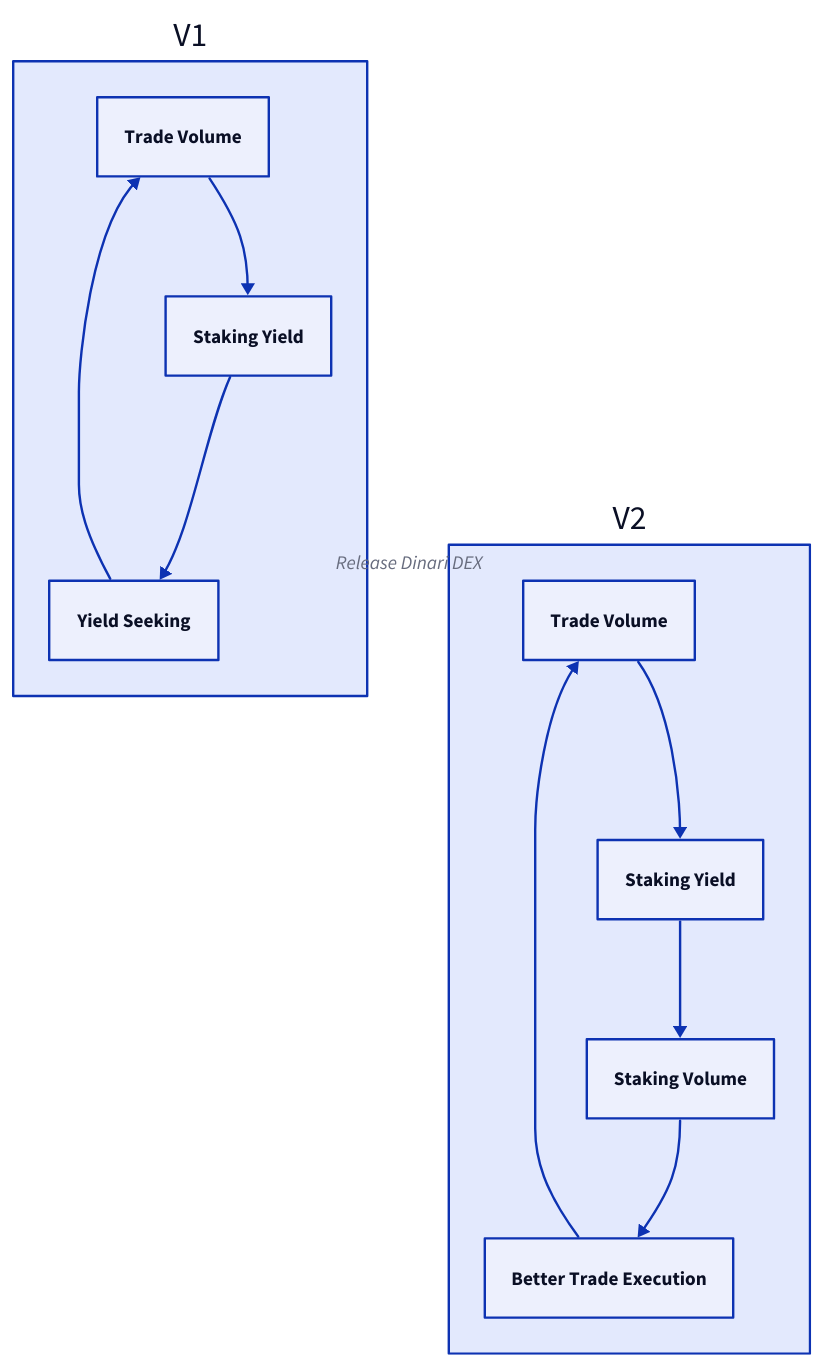
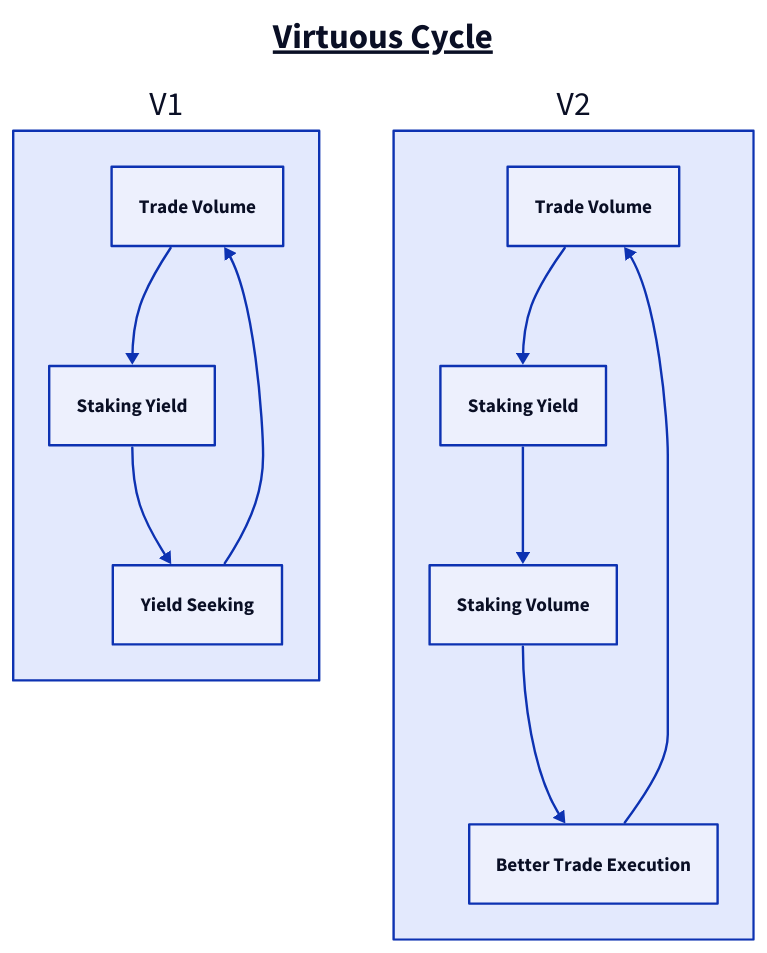
The diagram in virtuous-cycles.d2 (dinaricrypto/sbt-contracts), drawn with D2 before and after one commit.

```diff
--- a/virtuous-cycles.d2
+++ b/virtuous-cycles.d2
@@ -1,22 +1,30 @@
+title: Virtuous Cycle {
+  near: top-center
+  shape: text
+  style: {
+    font-size: 29
+    bold: true
+    underline: true
+  }
+}
+
 V1: {
   Trade Volume
   Staking Yield
   Yield Seeking
 }
 V2: {
   Trade Volume
   Staking Yield
   Staking Volume
   Better Trade Execution
 }
 
 V1.Trade Volume -> V1.Staking Yield
 V1.Staking Yield -> V1.Yield Seeking
 V1.Yield Seeking -> V1.Trade Volume
 
 V2.Trade Volume -> V2.Staking Yield
 V2.Staking Yield -> V2.Staking Volume
 V2.Staking Volume -> V2.Better Trade Execution
 V2.Better Trade Execution -> V2.Trade Volume
-
-V1 -> V2: Release Dinari DEX
```
